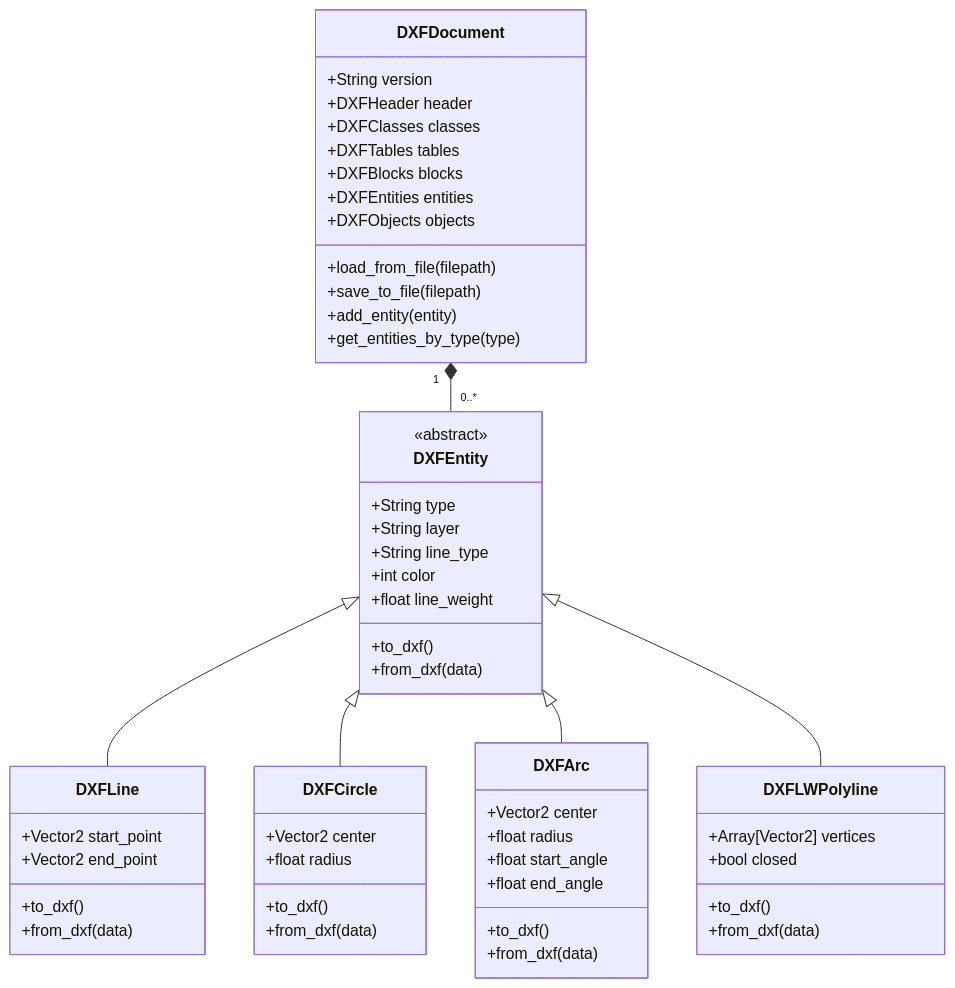
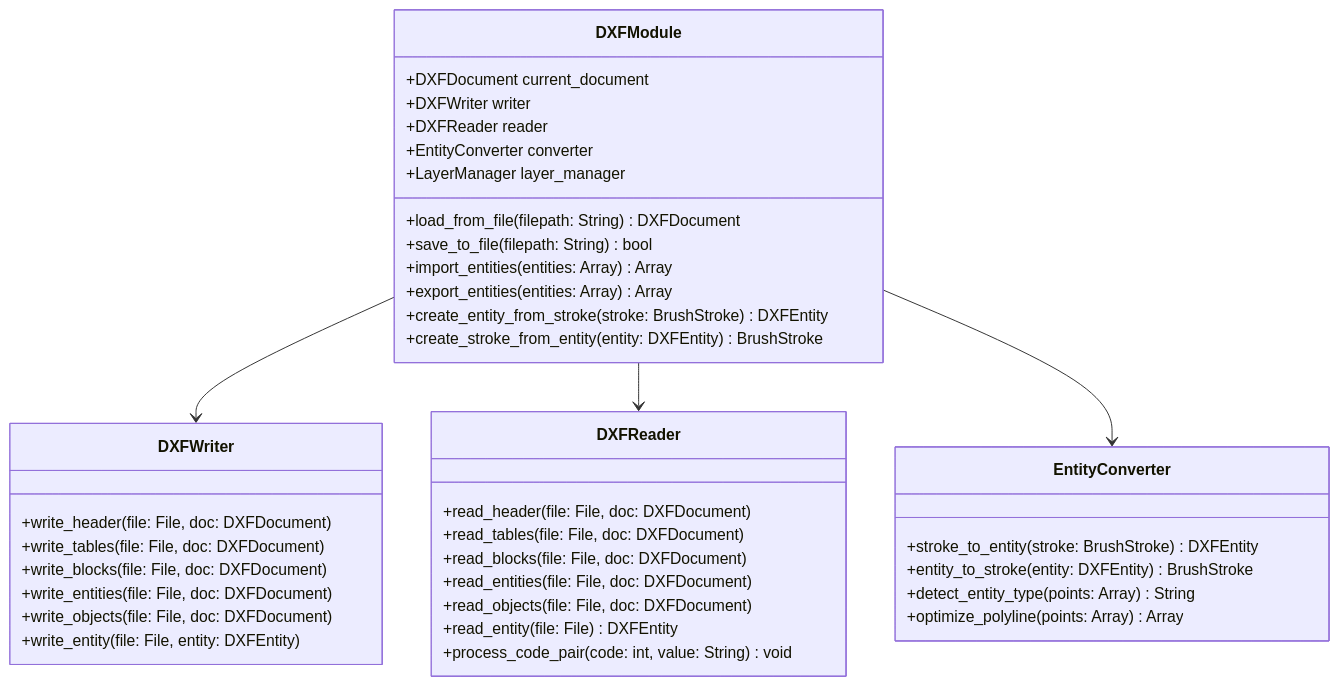
One commit to qinshah/GOCAD changed the second of 2 diagrams in docs/GOCAD/dxf_integration_plan.md. Above: the diagram before and after it, drawn with Mermaid. The commit also changed other lines of this file, not shown here.

First line of the commit message:
docs: update DXF integration plan with detailed implementation based on libdxfrw

````diff
--- a/docs/GOCAD/dxf_integration_plan.md
+++ b/docs/GOCAD/dxf_integration_plan.md
@@ -51,63 +48,47 @@
 ```mermaid
 classDiagram
-    class DXFDocument {
-        +String version
-        +DXFHeader header
-        +DXFClasses classes
-        +DXFTables tables
-        +DXFBlocks blocks
-        +DXFEntities entities
-        +DXFObjects objects
-        +load_from_file(filepath)
-        +save_to_file(filepath)
-        +add_entity(entity)
-        +get_entities_by_type(type)
+    class DXFModule {
+        +DXFDocument current_document
+        +DXFWriter writer
+        +DXFReader reader
+        +EntityConverter converter
+        +LayerManager layer_manager
+        
+        +load_from_file(filepath: String) DXFDocument
+        +save_to_file(filepath: String) bool
+        +import_entities(entities: Array) Array
+        +export_entities(entities: Array) Array
+        +create_entity_from_stroke(stroke: BrushStroke) DXFEntity
+        +create_stroke_from_entity(entity: DXFEntity) BrushStroke
     }
     
-    class DXFEntity {
-        <<abstract>>
-        +String type
-        +String layer
-        +String line_type
-        +int color
-        +float line_weight
-        +to_dxf()
-        +from_dxf(data)
+    class DXFWriter {
+        +write_header(file: File, doc: DXFDocument)
+        +write_tables(file: File, doc: DXFDocument)
+        +write_blocks(file: File, doc: DXFDocument)
+        +write_entities(file: File, doc: DXFDocument)
+        +write_objects(file: File, doc: DXFDocument)
+        +write_entity(file: File, entity: DXFEntity)
     }
     
-    class DXFLine {
-        +Vector2 start_point
-        +Vector2 end_point
-        +to_dxf()
-        +from_dxf(data)
+    class DXFReader {
+        +read_header(file: File, doc: DXFDocument)
+        +read_tables(file: File, doc: DXFDocument)
+        +read_blocks(file: File, doc: DXFDocument)
+        +read_entities(file: File, doc: DXFDocument)
+        +read_objects(file: File, doc: DXFDocument)
+        +read_entity(file: File) DXFEntity
+        +process_code_pair(code: int, value: String) void
     }
     
-    class DXFCircle {
-        +Vector2 center
-        +float radius
-        +to_dxf()
-        +from_dxf(data)
+    class EntityConverter {
+        +stroke_to_entity(stroke: BrushStroke) DXFEntity
+        +entity_to_stroke(entity: DXFEntity) BrushStroke
+        +detect_entity_type(points: Array) String
+        +optimize_polyline(points: Array) Array
     }
     
-    class DXFArc {
-        +Vector2 center
-        +float radius
-        +float start_angle
-        +float end_angle
-        +to_dxf()
-        +from_dxf(data)
-    }
-    
-    class DXFLWPolyline {
-        +Array[Vector2] vertices
-        +bool closed
-        +to_dxf()
-        +from_dxf(data)
-    }
-    
-    DXFDocument "1" *-- "0..*" DXFEntity
-    DXFEntity <|-- DXFLine
-    DXFEntity <|-- DXFCircle
-    DXFEntity <|-- DXFArc
-    DXFEntity <|-- DXFLWPolyline
+    DXFModule --> DXFWriter
+    DXFModule --> DXFReader
+    DXFModule --> EntityConverter
 ```
````
